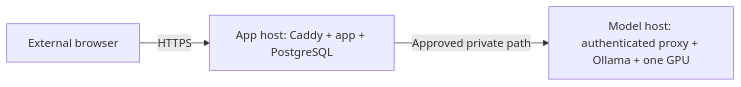
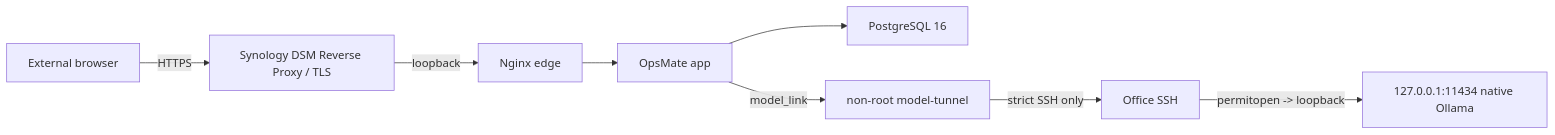
The diagram in 02_projects/opsmate-local/docs/SERVICE_RUNBOOK.md (son1004007/engineering-career-portfolio), drawn with Mermaid before and after one commit. The commit also changed other lines of this file and 29 other files, not shown here.

First line of the commit message:
docs: prepare OpsMate public deployment gate (#11)

````diff
--- a/02_projects/opsmate-local/docs/SERVICE_RUNBOOK.md
+++ b/02_projects/opsmate-local/docs/SERVICE_RUNBOOK.md
@@ -14,5 +16,10 @@
 ```mermaid
 flowchart LR
-    USER["External browser"] -->|"HTTPS"| APPHOST["App host: Caddy + app + PostgreSQL"]
-    APPHOST -->|"Approved private path"| MODELHOST["Model host: authenticated proxy + Ollama + one GPU"]
+    USER["External browser"] -->|"HTTPS"| DSM["Synology DSM Reverse Proxy / TLS"]
+    DSM -->|"loopback"| EDGE["Nginx edge"]
+    EDGE --> APP["OpsMate app"]
+    APP --> DB["PostgreSQL 16"]
+    APP -->|"model_link"| TUNNEL["non-root model-tunnel"]
+    TUNNEL -->|"strict SSH only"| OFFICE["Office SSH"]
+    OFFICE -->|"permitopen -> loopback"| OLLAMA["127.0.0.1:11434 native Ollama"]
 ```
````
